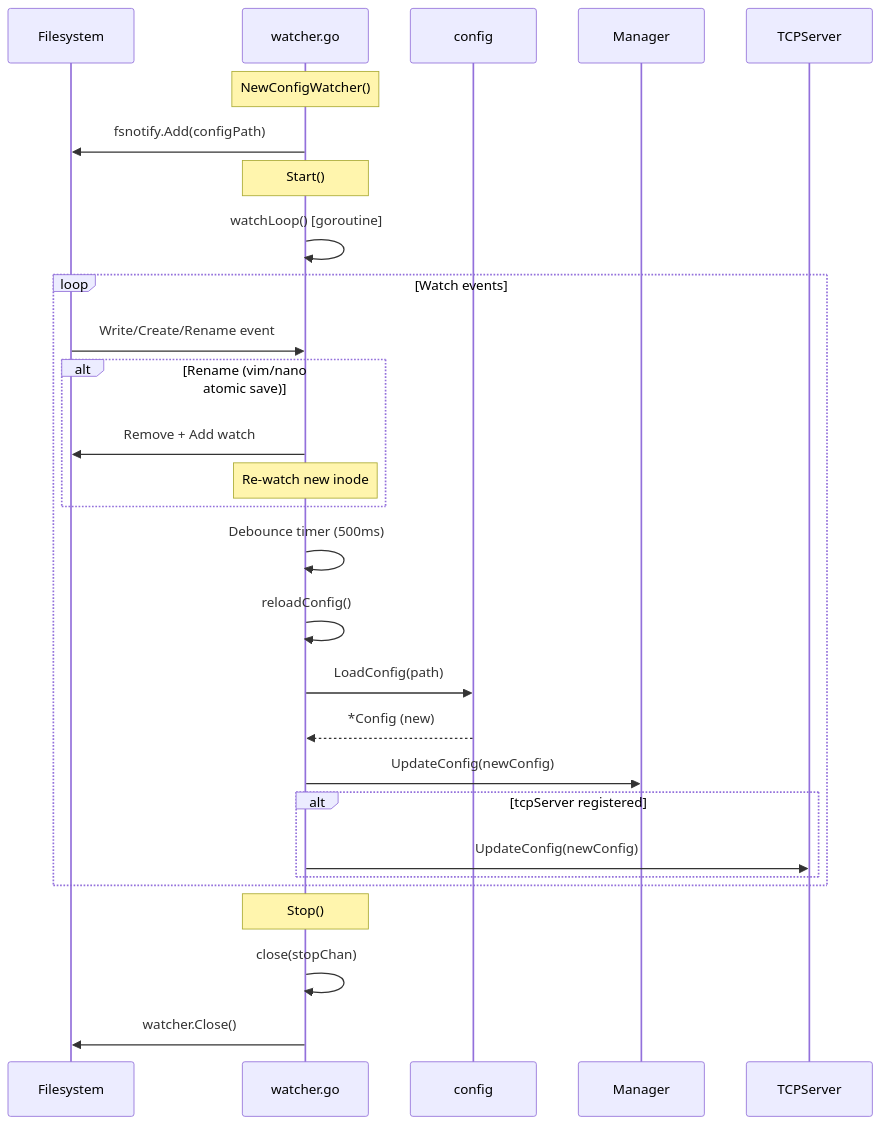
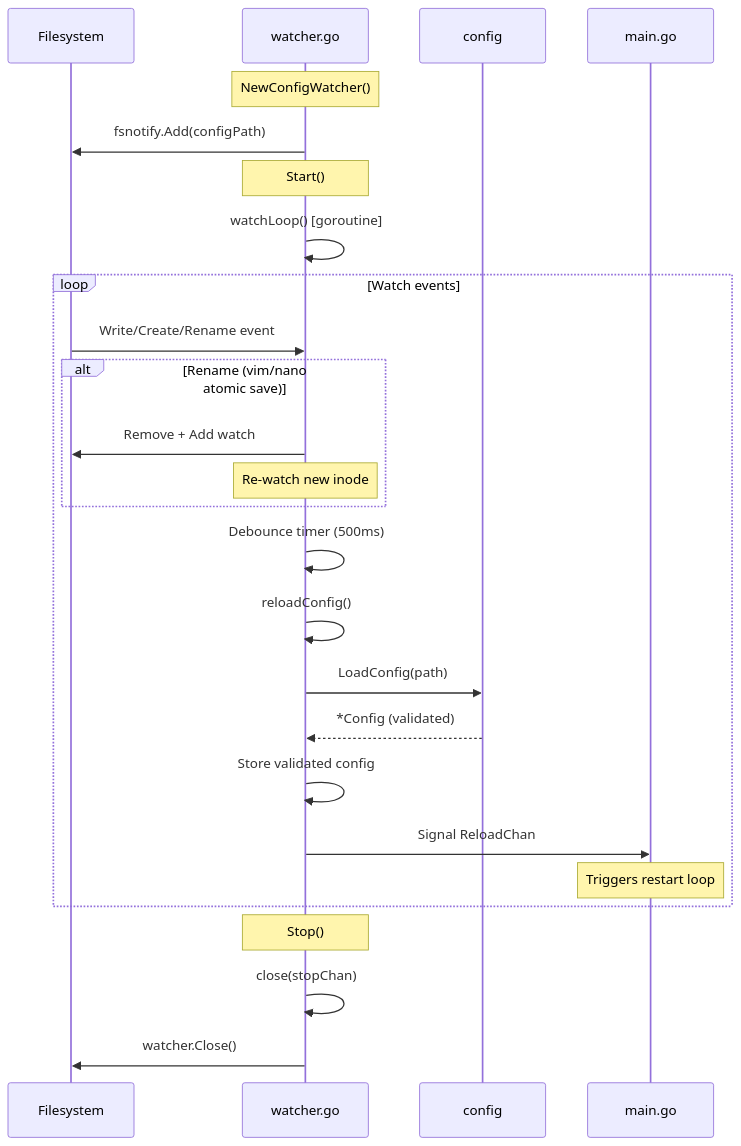
The tenth of 10 diagrams in internal/README.md (atas/autotunnel), drawn with Mermaid before and after one commit. The commit also changed other lines of this file and 7 other files, not shown here.

````diff
--- a/internal/README.md
+++ b/internal/README.md
@@ -401,38 +413,35 @@
 ```mermaid
 sequenceDiagram
     participant fs as Filesystem
     participant w as watcher.go
     participant cfg as config
-    participant mgr as Manager
-    participant tcp as TCPServer
+    participant main as main.go
 
     Note over w: NewConfigWatcher()
     w->>fs: fsnotify.Add(configPath)
 
     Note over w: Start()
     w->>w: watchLoop() [goroutine]
 
     loop Watch events
         fs->>w: Write/Create/Rename event
 
         alt Rename (vim/nano atomic save)
             w->>fs: Remove + Add watch
             Note over w: Re-watch new inode
         end
 
         w->>w: Debounce timer (500ms)
         w->>w: reloadConfig()
         w->>cfg: LoadConfig(path)
-        cfg-->>w: *Config (new)
+        cfg-->>w: *Config (validated)
 
-        w->>mgr: UpdateConfig(newConfig)
-
-        alt tcpServer registered
-            w->>tcp: UpdateConfig(newConfig)
-        end
+        w->>w: Store validated config
+        w->>main: Signal ReloadChan
+        Note over main: Triggers restart loop
     end
 
     Note over w: Stop()
     w->>w: close(stopChan)
     w->>fs: watcher.Close()
 ```
````
